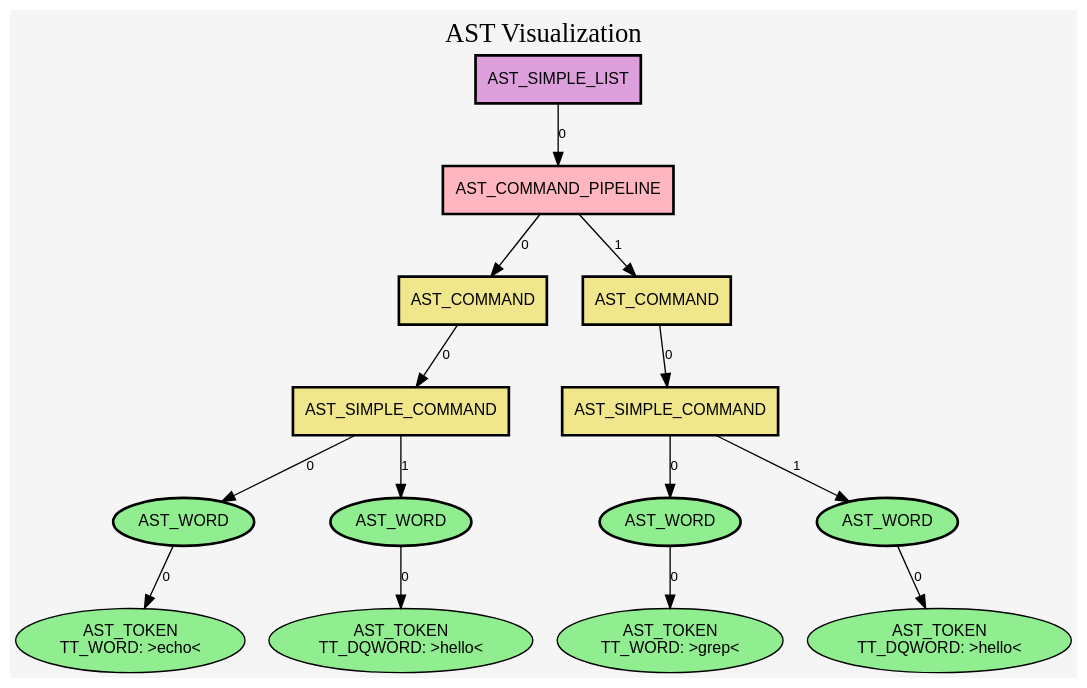
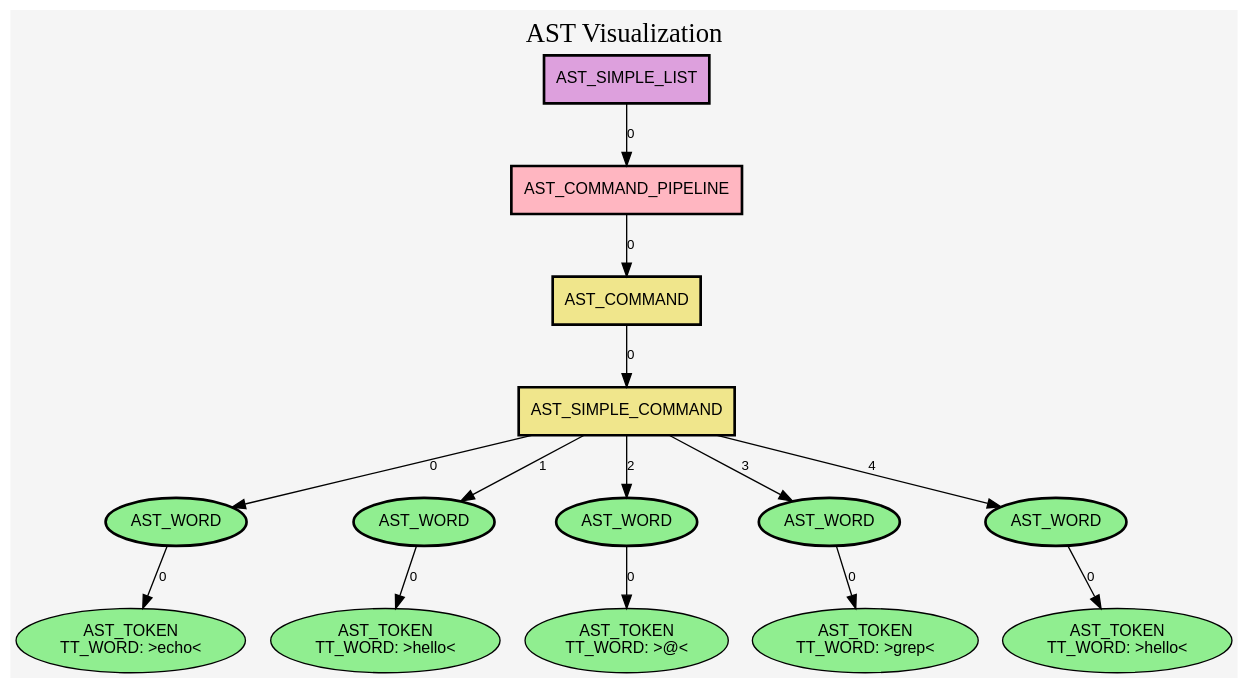
Before and after one commit to Univers42/sh42: the diagram in src/infrastructure/out.dot, drawn with Graphviz. The commit also changed 10 other files, not shown here.

```diff
--- a/src/infrastructure/out.dot
+++ b/src/infrastructure/out.dot
@@ -1,38 +1,38 @@
 digraph AST {
 	rankdir=TB;
 	node [fontname="Arial", fontsize=12];
 	edge [fontname="Arial", fontsize=10];
 	bgcolor="#F5F5F5";
 
 	n0 [label="AST_SIMPLE_LIST", style=filled, fillcolor="#DDA0DD", shape=box, penwidth=2];
-	n0 -> n201897309 [label="0"];
-	n201897309 [label="AST_COMMAND_PIPELINE", style=filled, fillcolor="#FFB6C1", shape=box, penwidth=2];
-	n201897309 -> n2998363345 [label="0"];
-	n2998363345 [label="AST_COMMAND", style=filled, fillcolor="#F0E68C", shape=box, penwidth=2];
+	n0 -> n2414726750 [label="0"];
+	n2414726750 [label="AST_COMMAND_PIPELINE", style=filled, fillcolor="#FFB6C1", shape=box, penwidth=2];
+	n2414726750 -> n2396281555 [label="0"];
+	n2396281555 [label="AST_COMMAND", style=filled, fillcolor="#F0E68C", shape=box, penwidth=2];
+	n2396281555 -> n1854023858 [label="0"];
+	n1854023858 [label="AST_SIMPLE_COMMAND", style=filled, fillcolor="#F0E68C", shape=box, penwidth=2];
+	n1854023858 -> n3052391197 [label="0"];
+	n3052391197 [label="AST_WORD", style=filled, fillcolor="#90EE90", shape=ellipse, penwidth=2];
+	n3052391197 -> n201897309 [label="0"];
+	n201897309 [label="AST_TOKEN\nTT_WORD: >echo<", style=filled, fillcolor="#90EE90", shape=ellipse];
+	n1854023858 -> n2998363345 [label="1"];
+	n2998363345 [label="AST_WORD", style=filled, fillcolor="#90EE90", shape=ellipse, penwidth=2];
 	n2998363345 -> n1324560705 [label="0"];
-	n1324560705 [label="AST_SIMPLE_COMMAND", style=filled, fillcolor="#F0E68C", shape=box, penwidth=2];
-	n1324560705 -> n3685588353 [label="0"];
+	n1324560705 [label="AST_TOKEN\nTT_WORD: >hello<", style=filled, fillcolor="#90EE90", shape=ellipse];
+	n1854023858 -> n3685588353 [label="2"];
 	n3685588353 [label="AST_WORD", style=filled, fillcolor="#90EE90", shape=ellipse, penwidth=2];
 	n3685588353 -> n817116335 [label="0"];
-	n817116335 [label="AST_TOKEN\nTT_WORD: >echo<", style=filled, fillcolor="#90EE90", shape=ellipse];
-	n1324560705 -> n1845445345 [label="1"];
+	n817116335 [label="AST_TOKEN\nTT_WORD: >@<", style=filled, fillcolor="#90EE90", shape=ellipse];
+	n1854023858 -> n1845445345 [label="3"];
 	n1845445345 [label="AST_WORD", style=filled, fillcolor="#90EE90", shape=ellipse, penwidth=2];
 	n1845445345 -> n1460061465 [label="0"];
-	n1460061465 [label="AST_TOKEN\nTT_DQWORD: >hello<", style=filled, fillcolor="#90EE90", shape=ellipse];
-	n201897309 -> n2339791776 [label="1"];
-	n2339791776 [label="AST_COMMAND", style=filled, fillcolor="#F0E68C", shape=box, penwidth=2];
+	n1460061465 [label="AST_TOKEN\nTT_WORD: >grep<", style=filled, fillcolor="#90EE90", shape=ellipse];
+	n1854023858 -> n2339791776 [label="4"];
+	n2339791776 [label="AST_WORD", style=filled, fillcolor="#90EE90", shape=ellipse, penwidth=2];
 	n2339791776 -> n1276721825 [label="0"];
-	n1276721825 [label="AST_SIMPLE_COMMAND", style=filled, fillcolor="#F0E68C", shape=box, penwidth=2];
-	n1276721825 -> n3705223595 [label="0"];
-	n3705223595 [label="AST_WORD", style=filled, fillcolor="#90EE90", shape=ellipse, penwidth=2];
-	n3705223595 -> n1556312033 [label="0"];
-	n1556312033 [label="AST_TOKEN\nTT_WORD: >grep<", style=filled, fillcolor="#90EE90", shape=ellipse];
-	n1276721825 -> n1112845179 [label="1"];
-	n1112845179 [label="AST_WORD", style=filled, fillcolor="#90EE90", shape=ellipse, penwidth=2];
-	n1112845179 -> n2818168883 [label="0"];
-	n2818168883 [label="AST_TOKEN\nTT_DQWORD: >hello<", style=filled, fillcolor="#90EE90", shape=ellipse];
+	n1276721825 [label="AST_TOKEN\nTT_WORD: >hello<", style=filled, fillcolor="#90EE90", shape=ellipse];
 
 	labelloc="t";
 	label="AST Visualization";
 	fontsize=20;
 }
```
